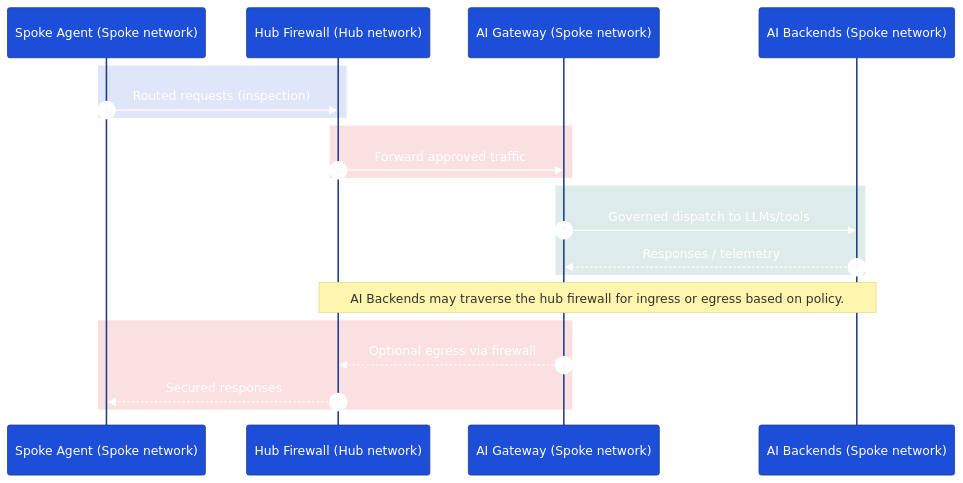
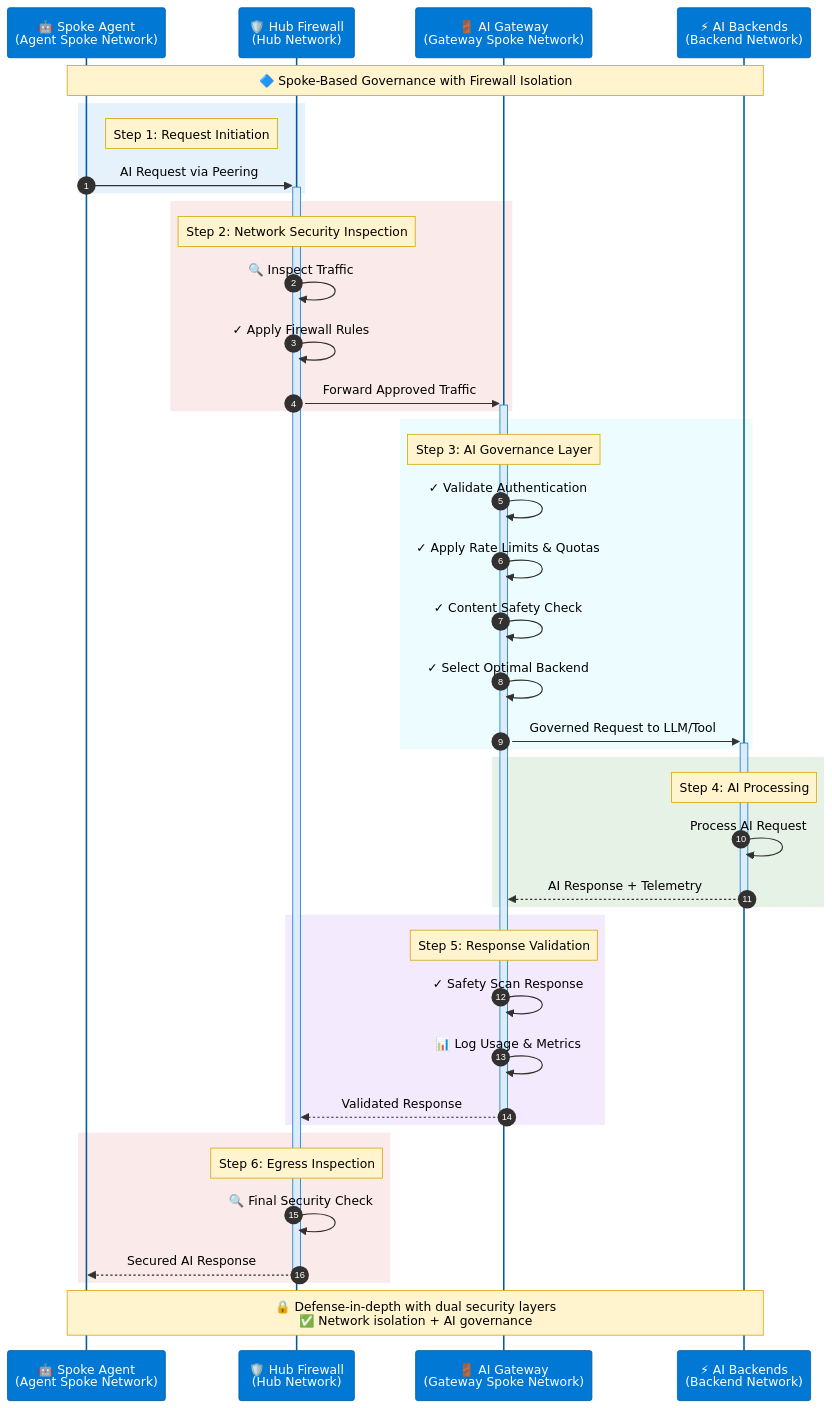
Before and after one commit to Azure-Samples/ai-hub-gateway-solution-accelerator: the second of 2 diagrams in CITADEL-README.md, drawn with Mermaid. The commit also changed other lines of this file, not shown here.

Commit message:
updated seq chars

````diff
--- a/CITADEL-README.md
+++ b/CITADEL-README.md
@@ -146,25 +193,80 @@
 ```mermaid
-%%{init: {'theme': 'base','themeVariables': {'primaryColor': '#1d4ed8','primaryBorderColor': '#1e3a8a','primaryTextColor': '#ffffff','secondaryColor': '#dc2626','secondaryBorderColor': '#991b1b','secondaryTextColor': '#ffffff','tertiaryColor': '#0f766e','tertiaryBorderColor': '#134e4a','tertiaryTextColor': '#ffffff','quaternaryColor': '#9333ea','quaternaryBorderColor': '#6b21a8','quaternaryTextColor': '#ffffff'}}}%%
+%%{init: {
+  'theme': 'base',
+  'themeVariables': {
+    'primaryColor': '#0078d4',
+    'primaryTextColor': '#000',
+    'primaryBorderColor': '#0078d4',
+    'lineColor': '#605e5c',
+    'secondaryColor': '#d13438',
+    'tertiaryColor': '#f3f2f1',
+    'noteBkgColor': '#fff4ce',
+    'noteTextColor': '#000',
+    'noteBorderColor': '#d4a300',
+    'actorBkg': '#0078d4',
+    'actorBorder': '#005a9e',
+    'actorTextColor': '#fff',
+    'actorLineColor': '#005a9e',
+    'signalColor': '#323130',
+    'signalTextColor': '#000',
+    'labelBoxBkgColor': '#edebe9',
+    'labelBoxBorderColor': '#8a8886',
+    'labelTextColor': '#000',
+    'loopTextColor': '#000',
+    'activationBorderColor': '#0078d4',
+    'activationBkgColor': '#deecf9',
+    'sequenceNumberColor': '#fff'
+  }
+}}%%
 sequenceDiagram
     autonumber
-    participant Agent as Spoke Agent (Spoke network)
-    participant Firewall as Hub Firewall (Hub network)
-    participant Gateway as AI Gateway (Spoke network)
-    participant Backends as AI Backends (Spoke network)
+    
+    participant Agent as 🤖 Spoke Agent<br/>(Agent Spoke Network)
+    participant Firewall as 🛡️ Hub Firewall<br/>(Hub Network)
+    participant Gateway as 🚪 AI Gateway<br/>(Gateway Spoke Network)
+    participant Backends as ⚡ AI Backends<br/>(Backend Network)
 
-    rect rgba(29,78,216,0.14)
-        Agent->>Firewall: Routed requests (inspection)
+    Note over Agent,Backends: 🔷 Spoke-Based Governance with Firewall Isolation
+    
+    rect rgba(0, 120, 212, 0.1)
+        Note right of Agent: Step 1: Request Initiation
+        Agent->>+Firewall: AI Request via Peering
     end
-    rect rgba(220,38,38,0.14)
-        Firewall->>Gateway: Forward approved traffic
+    
+    rect rgba(209, 52, 56, 0.1)
+        Note over Firewall: Step 2: Network Security Inspection
+        Firewall->>Firewall: 🔍 Inspect Traffic
+        Firewall->>Firewall: ✓ Apply Firewall Rules
+        Firewall->>+Gateway: Forward Approved Traffic
     end
-    rect rgba(15,118,110,0.14)
-        Gateway->>Backends: Governed dispatch to LLMs/tools
-        Backends-->>Gateway: Responses / telemetry
+    
+    rect rgba(80, 230, 255, 0.1)
+        Note over Gateway: Step 3: AI Governance Layer
+        Gateway->>Gateway: ✓ Validate Authentication
+        Gateway->>Gateway: ✓ Apply Rate Limits & Quotas
+        Gateway->>Gateway: ✓ Content Safety Check
+        Gateway->>Gateway: ✓ Select Optimal Backend
+        Gateway->>+Backends: Governed Request to LLM/Tool
     end
-    Note over Firewall,Backends: AI Backends may traverse the hub firewall for ingress or egress based on policy.
-    rect rgba(220,38,38,0.14)
-        Gateway-->>Firewall: Optional egress via firewall
-        Firewall-->>Agent: Secured responses
+    
+    rect rgba(16, 124, 16, 0.1)
+        Note over Backends: Step 4: AI Processing
+        Backends->>Backends: Process AI Request
+        Backends-->>-Gateway: AI Response + Telemetry
     end
+    
+    rect rgba(147, 51, 234, 0.1)
+        Note over Gateway: Step 5: Response Validation
+        Gateway->>Gateway: ✓ Safety Scan Response
+        Gateway->>Gateway: 📊 Log Usage & Metrics
+        Gateway-->>-Firewall: Validated Response
+    end
+    
+    rect rgba(209, 52, 56, 0.1)
+        Note over Firewall: Step 6: Egress Inspection
+        Firewall->>Firewall: 🔍 Final Security Check
+        Firewall-->>-Agent: Secured AI Response
+    end
+    
+    Note over Agent,Backends: 🔒 Defense-in-depth with dual security layers<br/>✅ Network isolation + AI governance
 ```
````
